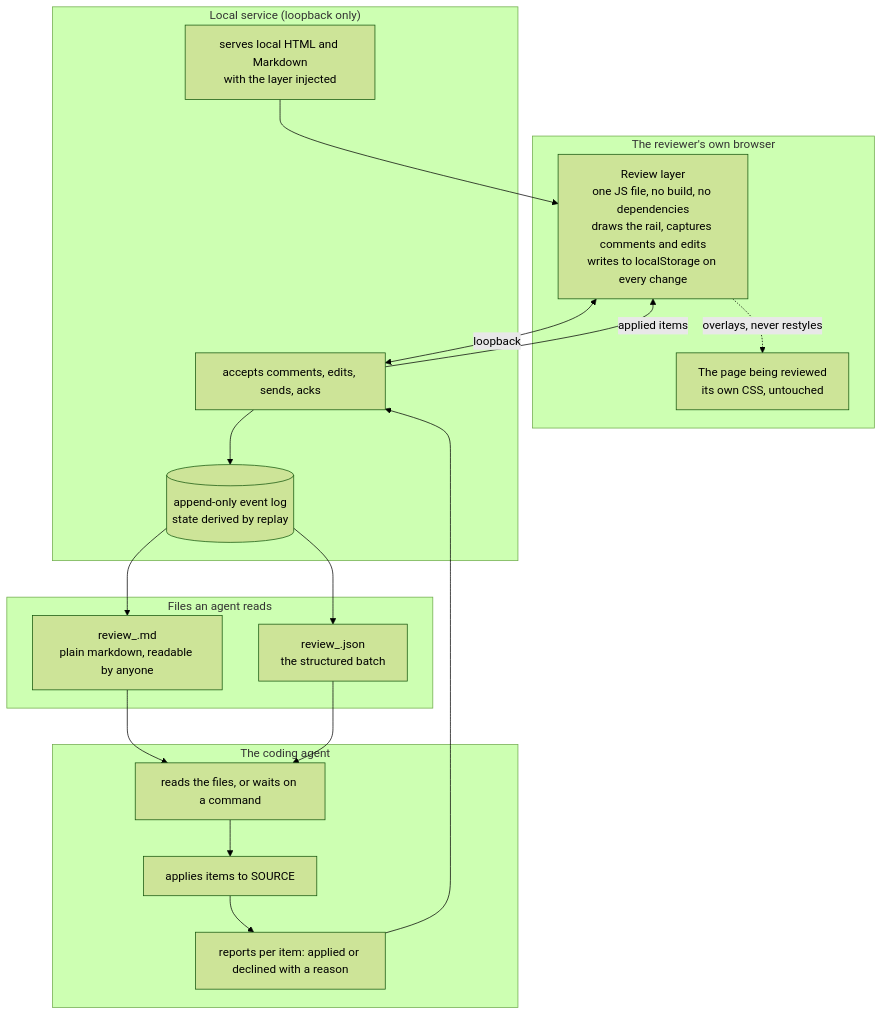
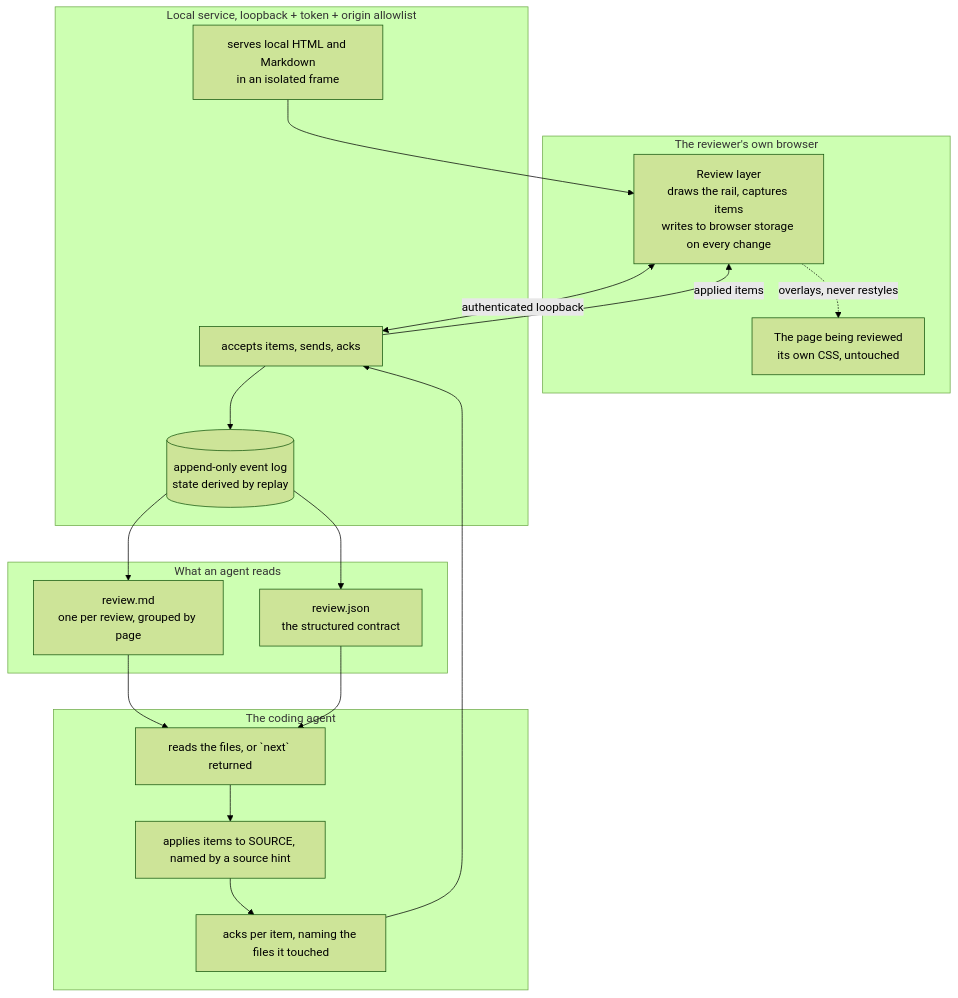
The first of 4 diagrams in docs/features/20260812.01_live_agentic_html_editor/02_architecture_live_agentic_html_editor.md (kenxle/live-agentic-html-editor), drawn with Mermaid (forest theme) before and after one commit. The commit also changed other lines of this file and 1 other file, not shown here.

Commit message:
Architecture: rewrite for both reviews, replay laws, auth, injection contract, source hints

````diff
--- a/docs/features/20260812.01_live_agentic_html_editor/02_architecture_live_agentic_html_editor.md
+++ b/docs/features/20260812.01_live_agentic_html_editor/02_architecture_live_agentic_html_editor.md
@@ -27,33 +29,33 @@
 ```mermaid
 flowchart TB
     subgraph Browser["The reviewer's own browser"]
-      Layer["Review layer<br/>one JS file, no build, no dependencies<br/>draws the rail, captures comments and edits<br/>writes to localStorage on every change"]
+      Layer["Review layer<br/>draws the rail, captures items<br/>writes to browser storage on every change"]
       Page["The page being reviewed<br/>its own CSS, untouched"]
       Layer -.overlays, never restyles.-> Page
     end
 
-    subgraph Service["Local service (loopback only)"]
-      Serve["serves local HTML and Markdown<br/>with the layer injected"]
-      Ingest["accepts comments, edits, sends, acks"]
+    subgraph Service["Local service, loopback + token + origin allowlist"]
+      Serve["serves local HTML and Markdown<br/>in an isolated frame"]
+      Ingest["accepts items, sends, acks"]
       Log[("append-only event log<br/>state derived by replay")]
       Ingest --> Log
     end
 
-    subgraph Disk["Files an agent reads"]
-      MD["review_<target>.md<br/>plain markdown, readable by anyone"]
-      JSON["review_<target>.json<br/>the structured batch"]
+    subgraph Disk["What an agent reads"]
+      MD["review.md<br/>one per review, grouped by page"]
+      JSON["review.json<br/>the structured contract"]
     end
 
     subgraph Agent["The coding agent"]
-      Read["reads the files, or waits on a command"]
-      Apply["applies items to SOURCE"]
-      Ack["reports per item: applied or declined with a reason"]
+      Read["reads the files, or `next` returned"]
+      Apply["applies items to SOURCE, named by a source hint"]
+      Ack["acks per item, naming the files it touched"]
     end
 
-    Layer <-->|loopback| Ingest
+    Layer <-->|authenticated loopback| Ingest
     Serve --> Layer
     Log --> MD & JSON
     MD & JSON --> Read --> Apply --> Ack
     Ack --> Ingest
     Ingest -->|applied items| Layer
 ```
````
